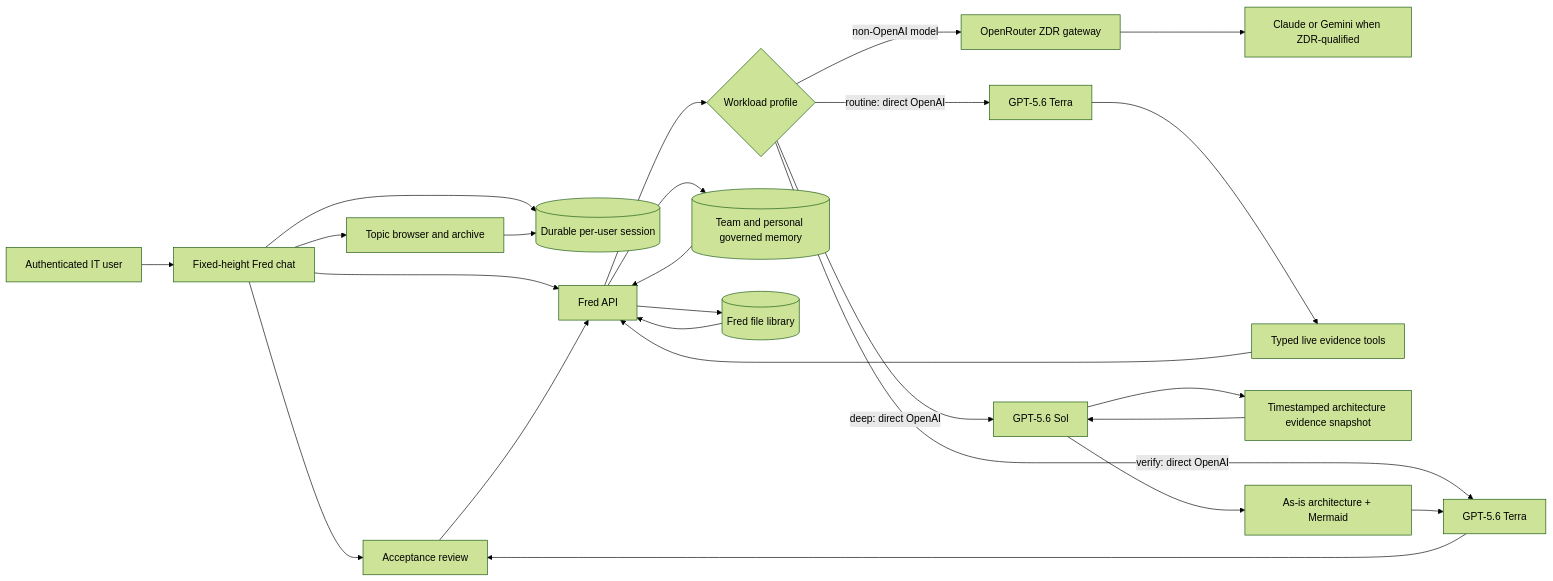
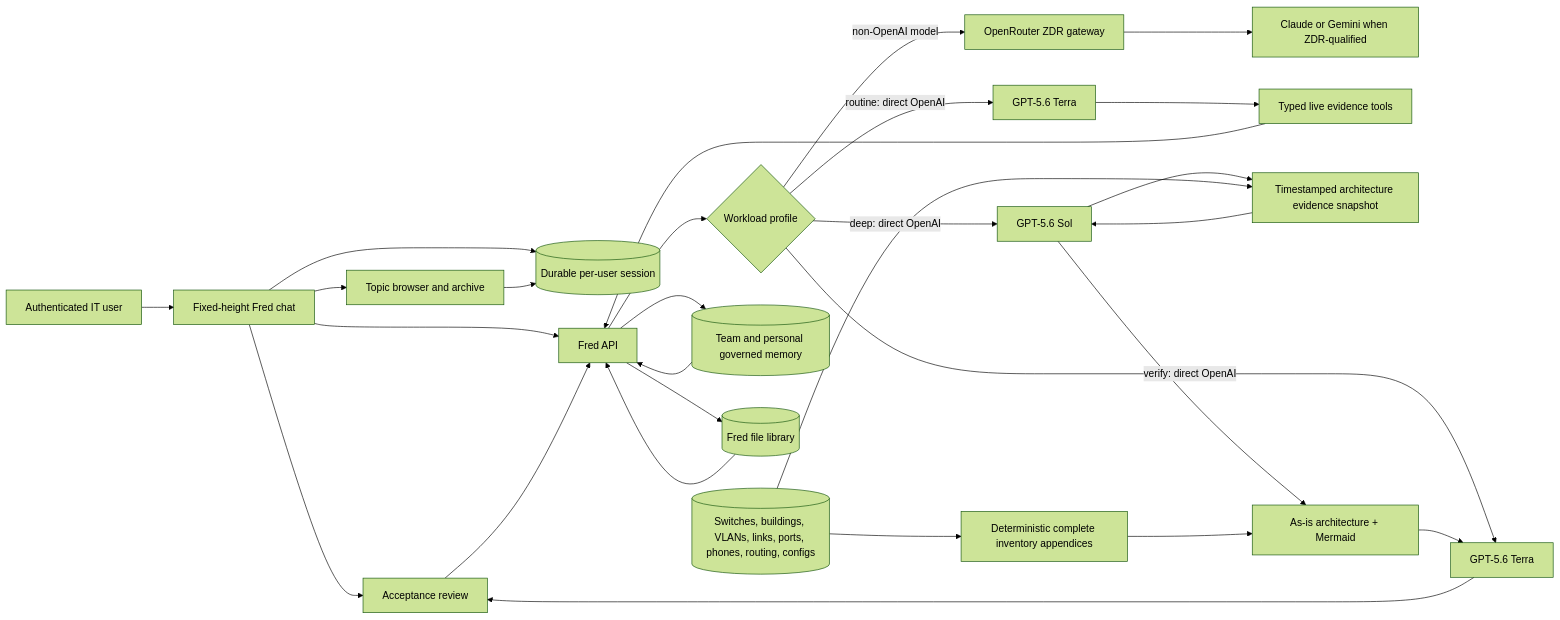
The diagram in docs/fred-model-memory-flow.mmd (OlderschCoder/Network-Insight-Hub), drawn with Mermaid (forest theme) before and after one commit. The commit also changed 4 other files, not shown here.

Commit message:
feat: generate complete Fred architecture inventory

```diff
--- a/docs/fred-model-memory-flow.mmd
+++ b/docs/fred-model-memory-flow.mmd
@@ -1,25 +1,28 @@
 flowchart LR
   U[Authenticated IT user] --> UI[Fixed-height Fred chat]
   UI --> S[(Durable per-user session)]
   UI --> H[Topic browser and archive]
   H --> S
   UI --> A[Protected active incident state]
   UI --> API[Fred API]
   A --> API
   API --> R{Workload profile}
   R -->|routine: direct OpenAI| T[GPT-5.6 Terra]
   R -->|deep: direct OpenAI| C[GPT-5.6 Sol]
   R -->|verify: direct OpenAI| V[GPT-5.6 Terra]
   R -->|non-OpenAI model| OR[OpenRouter ZDR gateway]
   OR --> X[Claude or Gemini when ZDR-qualified]
   T --> TOOLS[Typed live evidence tools]
   C --> SNAP[Timestamped architecture evidence snapshot]
+  DB[(Switches, buildings, VLANs, links, ports, phones, routing, configs)] --> SNAP
   SNAP --> C
   C --> D[As-is architecture + Mermaid]
+  DB --> APP[Deterministic complete inventory appendices]
+  APP --> D
   D --> V
   V --> A[Acceptance review]
   API --> M[(Team and personal governed memory)]
   API --> F[(Fred file library)]
   TOOLS --> API
   M --> API
   F --> API
```
